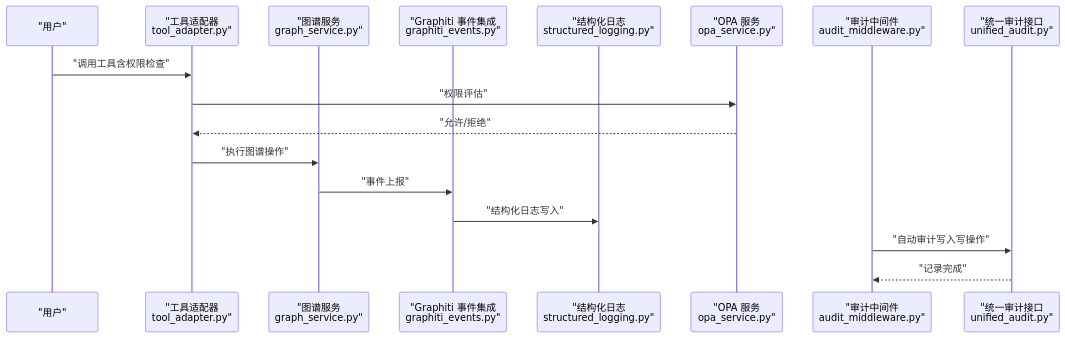
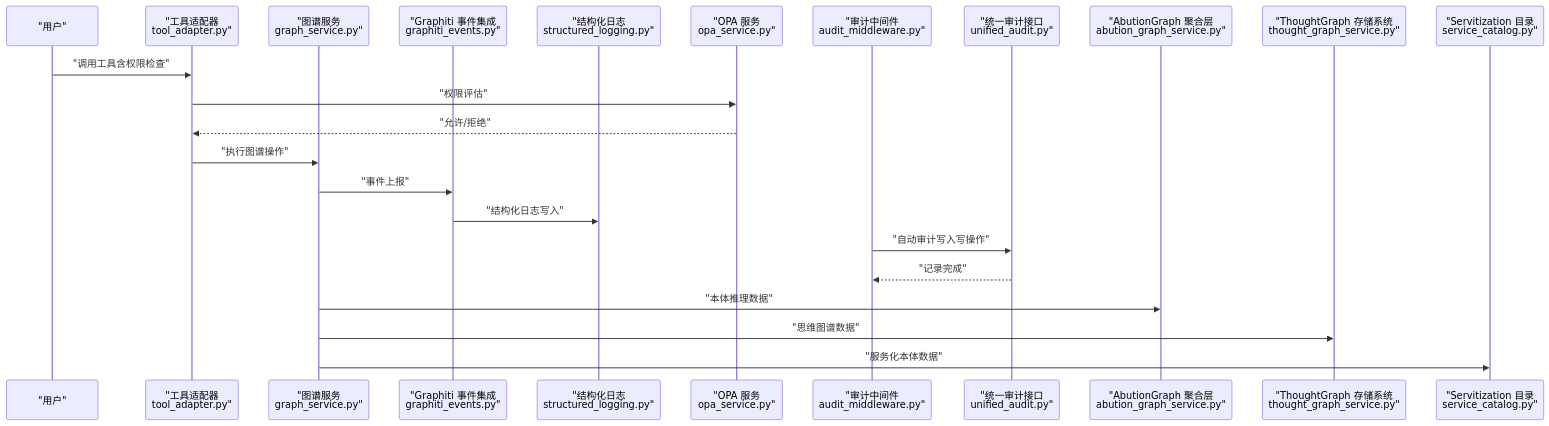
Before and after one commit to inier/ontology-graphiti: the second of 10 diagrams in .qoder/repowiki/zh/content/架构设计/分层架构设计/L1 基础设施层/L1 基础设施层.md, drawn with Mermaid. The commit also changed other lines of this file and 85 other files, not shown here.

````diff
--- a/.qoder/repowiki/zh/content/架构设计/分层架构设计/L1 基础设施层/L1 基础设施层.md
+++ b/.qoder/repowiki/zh/content/架构设计/分层架构设计/L1 基础设施层/L1 基础设施层.md
@@ -140,19 +184,25 @@
 ```mermaid
 sequenceDiagram
 participant U as "用户"
 participant OA as "工具适配器<br/>tool_adapter.py"
 participant GS as "图谱服务<br/>graph_service.py"
 participant GE as "Graphiti 事件集成<br/>graphiti_events.py"
 participant SL as "结构化日志<br/>structured_logging.py"
 participant OPAS as "OPA 服务<br/>opa_service.py"
 participant AM as "审计中间件<br/>audit_middleware.py"
 participant UA as "统一审计接口<br/>unified_audit.py"
+participant AB as "AbutionGraph 聚合层<br/>abution_graph_service.py"
+participant TG as "ThoughtGraph 存储系统<br/>thought_graph_service.py"
+participant SC as "Servitization 目录<br/>service_catalog.py"
 U->>OA : "调用工具含权限检查"
 OA->>OPAS : "权限评估"
 OPAS-->>OA : "允许/拒绝"
 OA->>GS : "执行图谱操作"
 GS->>GE : "事件上报"
 GE->>SL : "结构化日志写入"
 AM->>UA : "自动审计写入写操作"
 UA-->>AM : "记录完成"
+GS->>AB : "本体推理数据"
+GS->>TG : "思维图谱数据"
+GS->>SC : "服务化本体数据"
 ```
````
